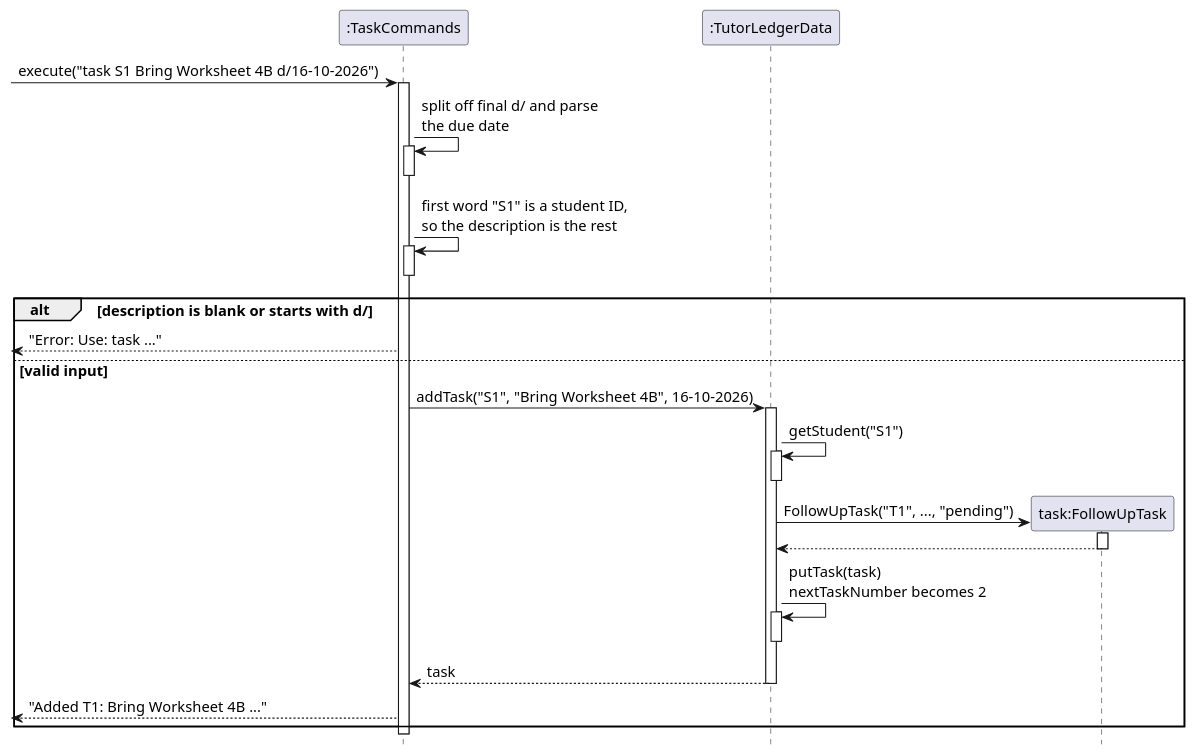
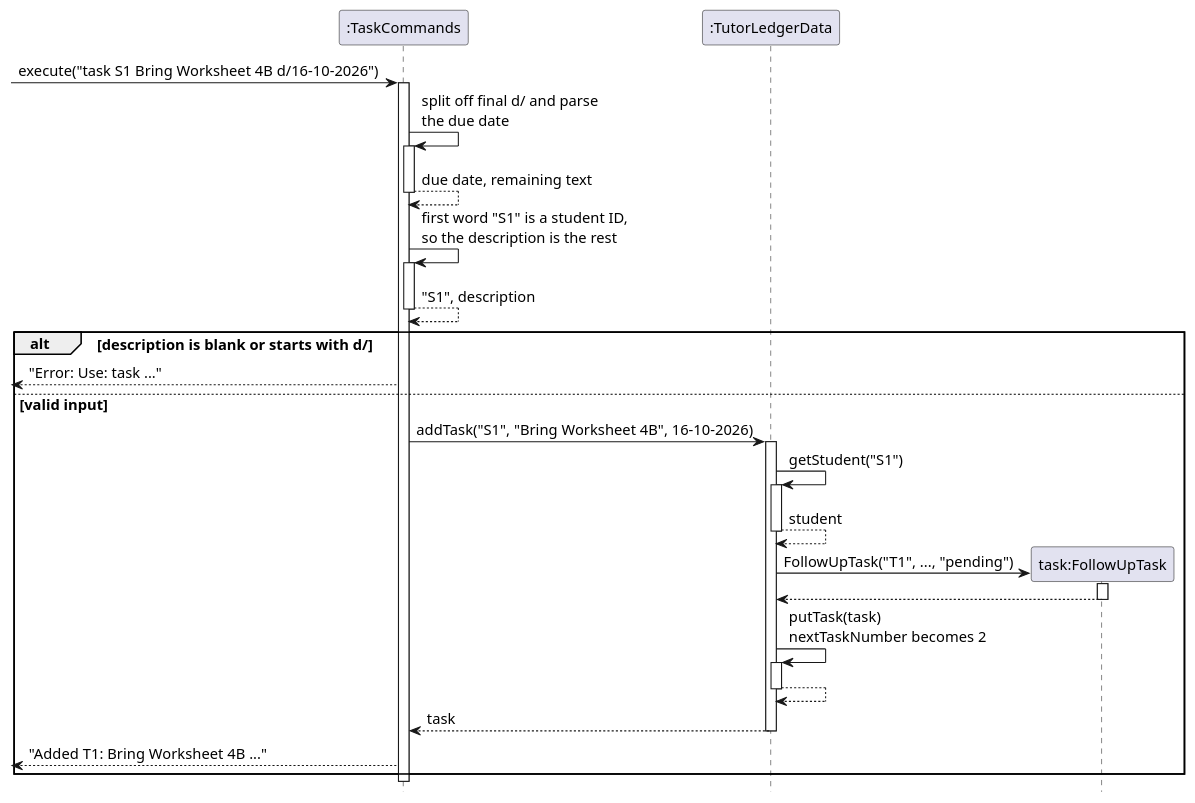
The diagram in docs/diagrams/followup-add-sequence.puml (AY2627S1-CS2113-W12-2/tp), drawn with PlantUML before and after one commit. The commit also changed 21 other files, not shown here.

First line of the commit message:
DG: Add return arrows to self-calls in sequence diagrams

```diff
--- a/docs/diagrams/followup-add-sequence.puml
+++ b/docs/diagrams/followup-add-sequence.puml
@@ -1,43 +1,47 @@
 @startuml
 skinparam backgroundColor white
 skinparam defaultFontSize 14
 skinparam shadowing false
 hide footbox
 
 participant ":TaskCommands" as Commands
 participant ":TutorLedgerData" as Data
 
 [-> Commands : execute("task S1 Bring Worksheet 4B d/16-10-2026")
 activate Commands
 
 Commands -> Commands : split off final d/ and parse\nthe due date
 activate Commands
+Commands --> Commands : due date, remaining text
 deactivate Commands
 
 Commands -> Commands : first word "S1" is a student ID,\nso the description is the rest
 activate Commands
+Commands --> Commands : "S1", description
 deactivate Commands
 
 alt description is blank or starts with d/
   [<-- Commands : "Error: Use: task ..."
 else valid input
   Commands -> Data : addTask("S1", "Bring Worksheet 4B", 16-10-2026)
   activate Data
   Data -> Data : getStudent("S1")
   activate Data
+  Data --> Data : student
   deactivate Data
   create "task:FollowUpTask" as Task
   Data -> Task : FollowUpTask("T1", ..., "pending")
   activate Task
   Task --> Data
   deactivate Task
   Data -> Data : putTask(task)\nnextTaskNumber becomes 2
   activate Data
+  Data --> Data
   deactivate Data
   Data --> Commands : task
   deactivate Data
 
   [<-- Commands : "Added T1: Bring Worksheet 4B ..."
 end
 deactivate Commands
 @enduml
```
